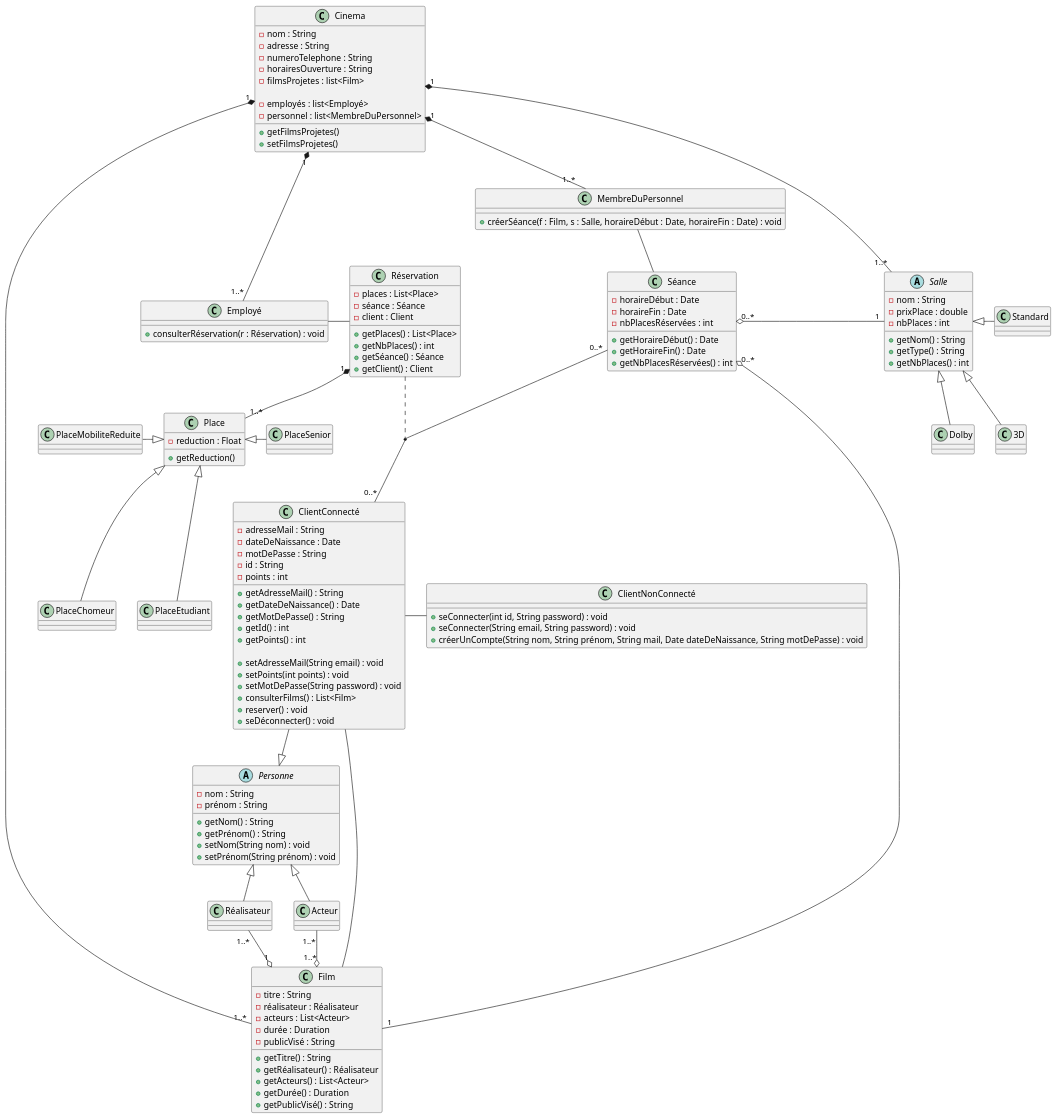
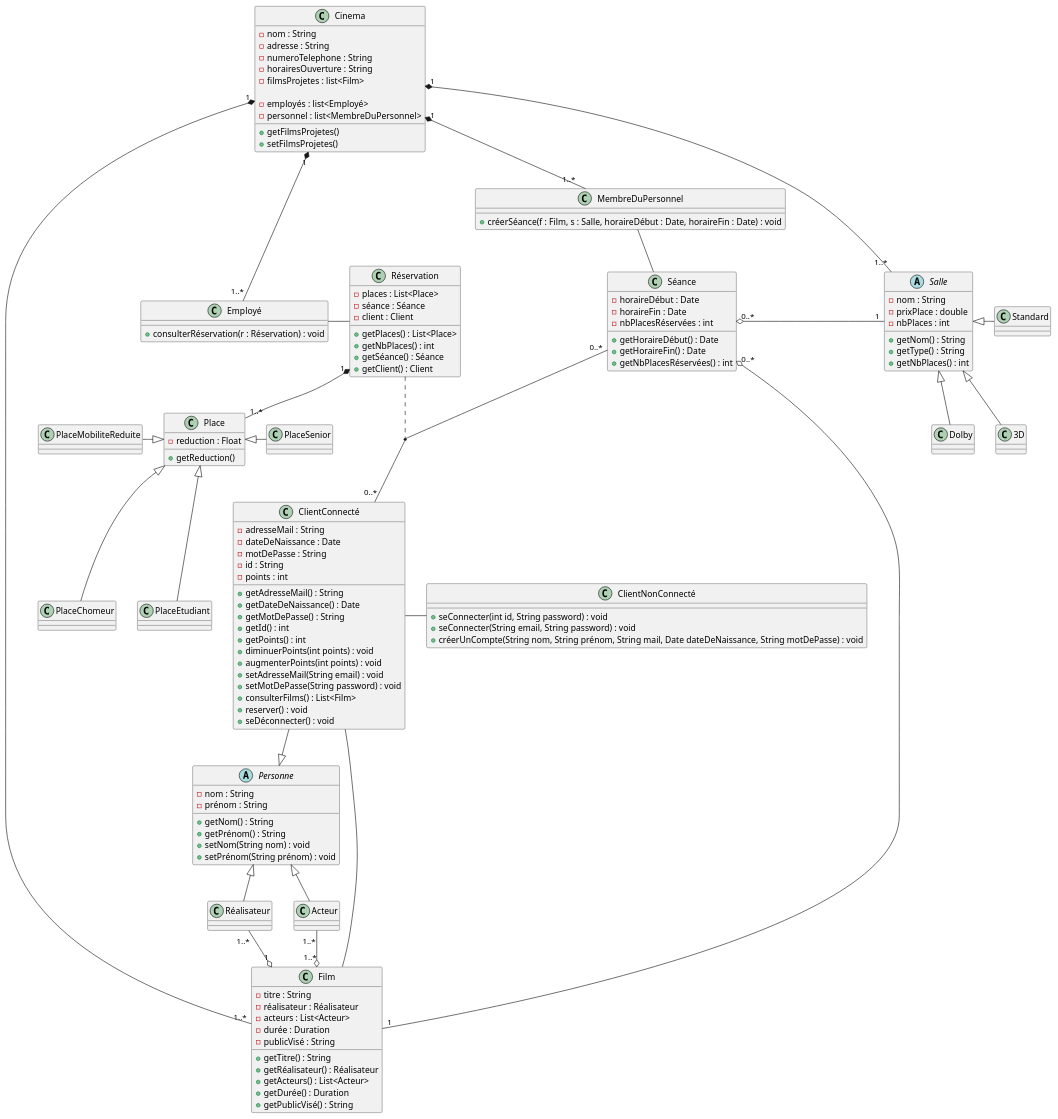
The diagram in uml/code/3-diagrammeClasses.puml (AquaBx/omd-tp-1), drawn with PlantUML before and after one commit. The commit also changed 6 other files, not shown here.

```diff
--- a/uml/code/3-diagrammeClasses.puml
+++ b/uml/code/3-diagrammeClasses.puml
@@ -1,156 +1,153 @@
-@startuml
+@startuml Classes
 class Acteur {
 }
 
 class Réalisateur {
 }
 
 abstract class Personne {
     - nom : String
     - prénom : String
     + getNom() : String
     + getPrénom() : String
     + setNom(String nom) : void
     + setPrénom(String prénom) : void
 }
 
 class Film {
     - titre : String
     - réalisateur : Réalisateur
     - acteurs : List<Acteur>
     - durée : Duration
     - publicVisé : String
     + getTitre() : String
     + getRéalisateur() : Réalisateur
     + getActeurs() : List<Acteur>
     + getDurée() : Duration
     + getPublicVisé() : String
 }
 
 class ClientConnecté {
     - adresseMail : String
     - dateDeNaissance : Date
     - motDePasse : String
     - id : String
     - points : int
-
     + getAdresseMail() : String
     + getDateDeNaissance() : Date
     + getMotDePasse() : String
     + getId() : int
     + getPoints() : int
-
+    + diminuerPoints(int points) : void
+    + augmenterPoints(int points) : void
     + setAdresseMail(String email) : void
-    + setPoints(int points) : void
     + setMotDePasse(String password) : void
-
-
     + consulterFilms() : List<Film>
     + reserver() : void
     + seDéconnecter() : void
 }
 
 class ClientNonConnecté {
     + seConnecter(int id, String password) : void
     + seConnecter(String email, String password) : void
     + créerUnCompte(String nom, String prénom, String mail, Date dateDeNaissance, String motDePasse) : void
 }
 
 Personne <|-- Réalisateur
 Personne <|-- Acteur
 ClientConnecté --|> Personne
 
 class Employé {
     + consulterRéservation(r : Réservation) : void
 }
 
 class MembreDuPersonnel {
     + créerSéance(f : Film, s : Salle, horaireDébut : Date, horaireFin : Date) : void
 }
 
 abstract class Salle {
     - nom : String
     - prixPlace : double
     - nbPlaces : int
     + getNom() : String
     + getType() : String
     + getNbPlaces() : int
 }
 
 class Cinema {
     - nom : String
     - adresse : String
     - numeroTelephone : String
     - horairesOuverture : String
     - filmsProjetes : list<Film>
 
     - employés : list<Employé>
     - personnel : list<MembreDuPersonnel>
 
     + getFilmsProjetes()
     + setFilmsProjetes()
 }
 
 Salle <|-- Dolby
 Salle <|-- 3D
 Salle <|- Standard
 
 class Réservation {
     - places : List<Place>
     - séance : Séance
     - client : Client
 
     + getPlaces() : List<Place>
     + getNbPlaces() : int
     + getSéance() : Séance
     + getClient() : Client
 }
 
 class Place {
     - reduction : Float
     + getReduction()
 }
 class PlaceEtudiant {}
 class PlaceMobiliteReduite {}
 class PlaceChomeur {}
 class PlaceSenior {}
 
 Place <|-- PlaceEtudiant
 Place <|-- PlaceChomeur
 Place <|- PlaceSenior
 PlaceMobiliteReduite -|> Place
 
 class Séance {
     - horaireDébut : Date
     - horaireFin : Date
     - nbPlacesRéservées : int
 
     + getHoraireDébut() : Date
     + getHoraireFin() : Date
     + getNbPlacesRéservées() : int
 }
 
 Film "1" -o "0..*" Séance
 
 Acteur "1..*" --o "1..*" Film
 Réalisateur "1..*" --o "1" Film
 
 Cinema "1" *--- "1..*" Employé
 Cinema "1" *-- "1..*" Salle
 Cinema "1" *-- "1..*" Film
 Cinema  "1" *-- "1..*" MembreDuPersonnel
 
 Séance "0..*" o- "1" Salle
 
 MembreDuPersonnel -- Séance
 Employé - Réservation
 
 Séance "0..*" -- "0..*" ClientConnecté
 Réservation .. (ClientConnecté,Séance)
 
 ClientConnecté -- Film
 
 ClientConnecté - ClientNonConnecté
 
 Réservation "1" *-- "1..*" Place
 @enduml
```
